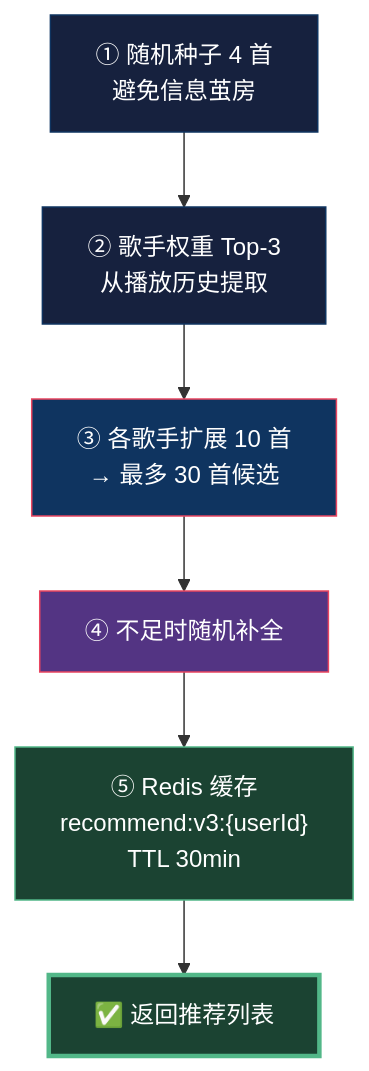
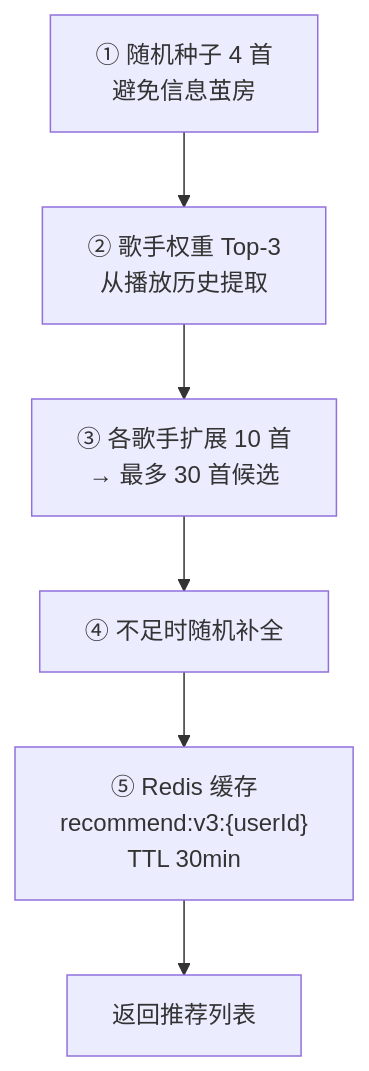
Before and after one commit to chunren1/vibeMusic: the third of 4 diagrams in README.md, drawn with Mermaid. The commit also changed other lines of this file, not shown here.

Commit message:
优化 Mermaid 图: 简化样式, 去除AI感, 架构图改LR布局避免线交叉

````diff
--- a/README.md
+++ b/README.md
@@ -226,23 +171,16 @@
 ```mermaid
 flowchart TB
     S1["① 随机种子 4 首
     避免信息茧房"]
     S2["② 歌手权重 Top-3
     从播放历史提取"]
     S3["③ 各歌手扩展 10 首
     → 最多 30 首候选"]
     S4["④ 不足时随机补全"]
     S5["⑤ Redis 缓存
     recommend:v3:{userId}
     TTL 30min"]
-    DONE2["✅ 返回推荐列表"]
+    DONE2["返回推荐列表"]
 
     S1 --> S2 --> S3 --> S4 --> S5 --> DONE2
-
-    style S1 fill:#16213e,stroke:#0f3460,color:#fff
-    style S2 fill:#16213e,stroke:#0f3460,color:#fff
-    style S3 fill:#0f3460,stroke:#e94560,color:#fff
-    style S4 fill:#533483,stroke:#e94560,color:#fff
-    style S5 fill:#1b4332,stroke:#52b788,color:#fff
-    style DONE2 fill:#1b4332,stroke:#52b788,color:#fff,stroke-width:3px
 ```
````
